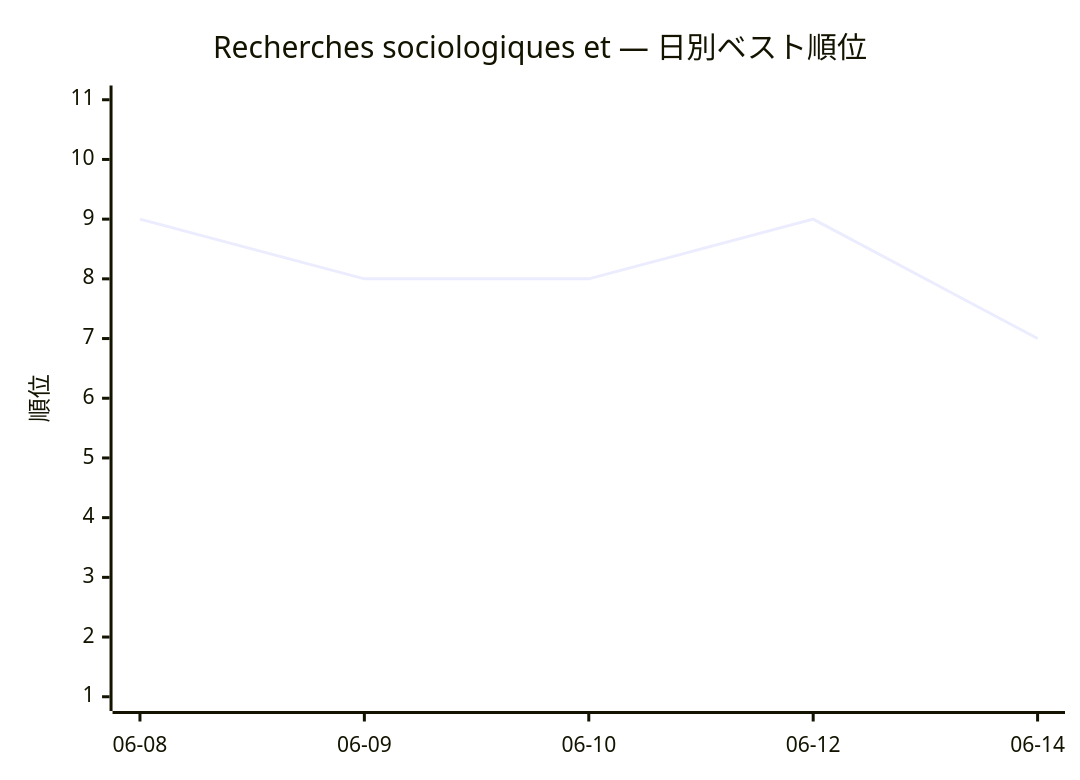
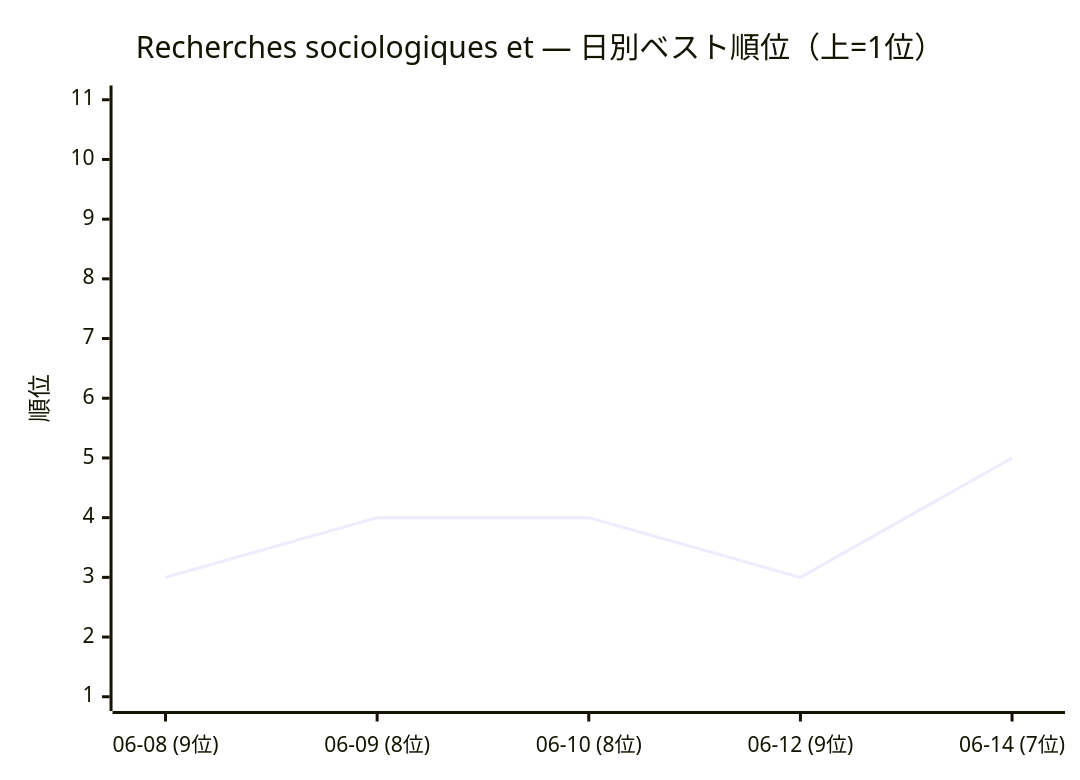
One commit to rushhirosan/trend-dashboard changed the sixth of 6 diagrams in docs/summaries/weekly/2026-W24.md. Above: the diagram before and after it, drawn with Mermaid. The commit also changed other lines of this file and 2 other files, not shown here.

````diff
--- a/docs/summaries/weekly/2026-W24.md
+++ b/docs/summaries/weekly/2026-W24.md
@@ -156,7 +156,7 @@
 ```mermaid
 xychart-beta
-    title "Recherches sociologiques et  — 日別ベスト順位"
-    x-axis ["06-08", "06-09", "06-10", "06-12", "06-14"]
+    title "Recherches sociologiques et — 日別ベスト順位（上=1位）"
+    x-axis ["06-08 (9位)", "06-09 (8位)", "06-10 (8位)", "06-12 (9位)", "06-14 (7位)"]
     y-axis "順位" 1 --> 11
-    line [9, 8, 8, 9, 7]
+    line [3, 4, 4, 3, 5]
 ```
````
